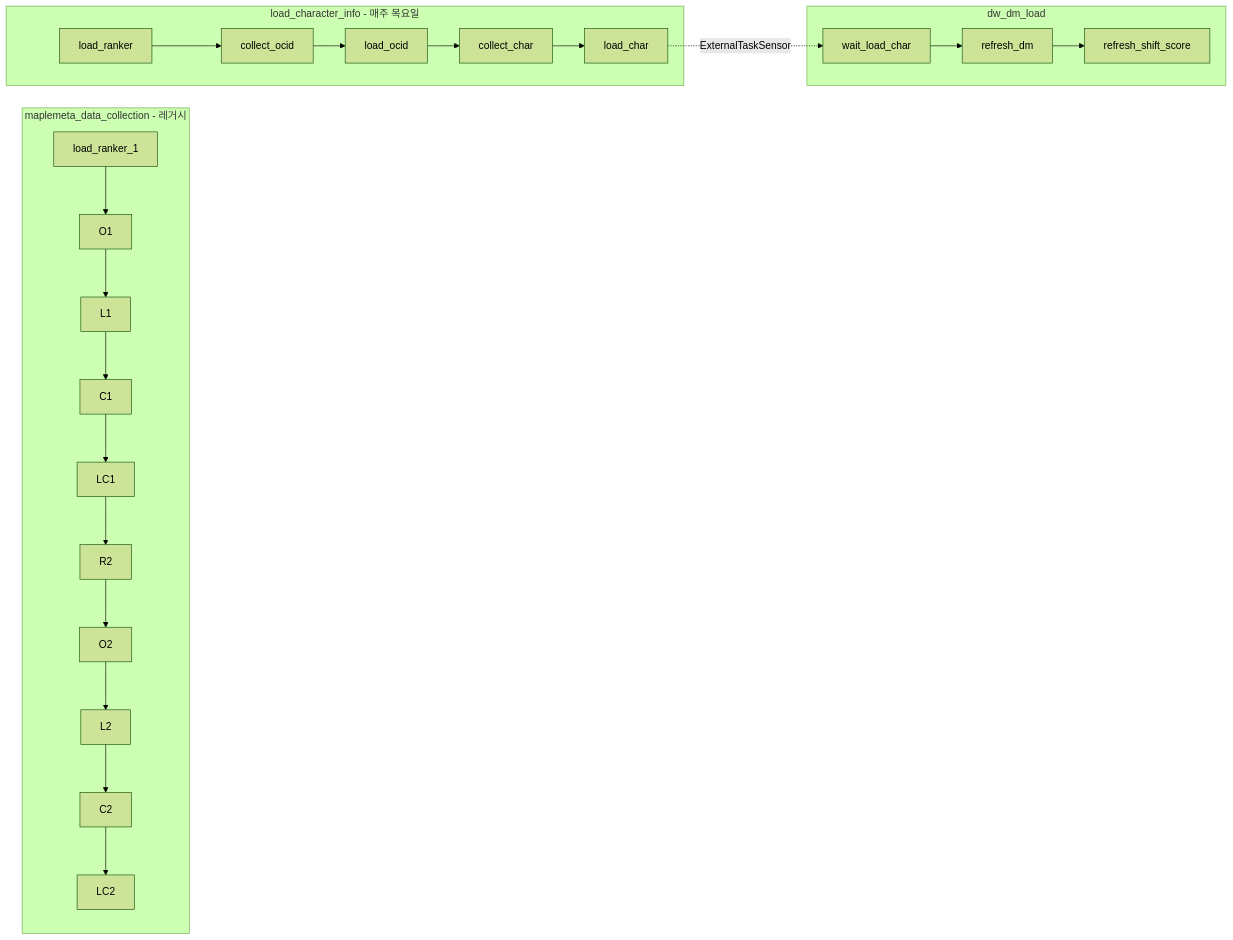
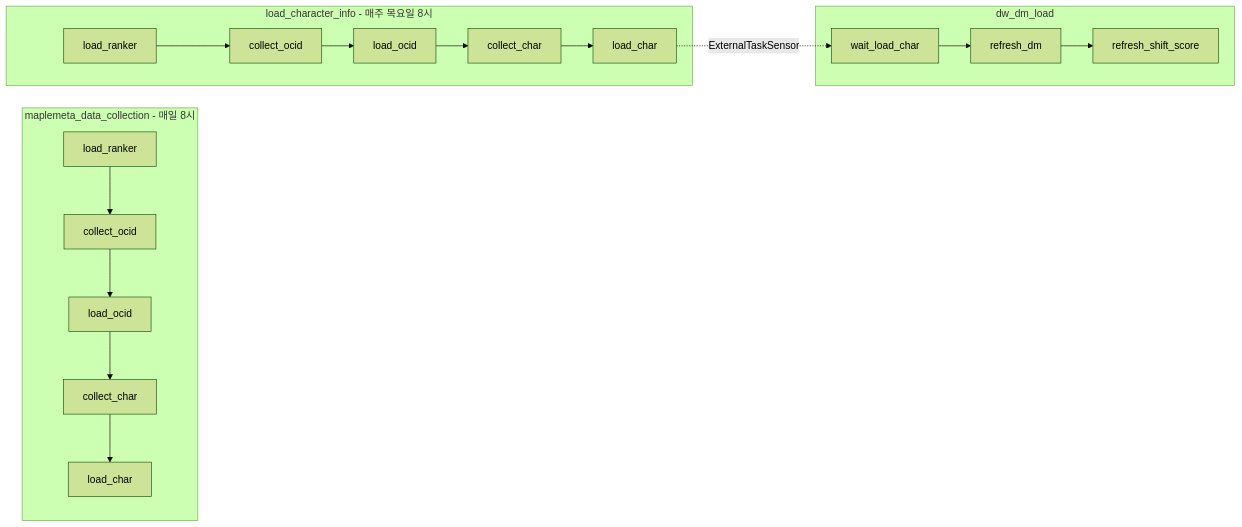
The diagram in README.md (zoomina/maplemeta), drawn with Mermaid (forest theme) before and after one commit. The commit also changed other lines of this file and 25 other files, not shown here.

````diff
--- a/README.md
+++ b/README.md
@@ -79,14 +81,13 @@
 ```mermaid
 flowchart LR
-    subgraph legacy [maplemeta_data_collection - 레거시]
-        R1[load_ranker_1] --> O1 --> L1 --> C1 --> LC1
-        LC1 --> R2 --> O2 --> L2 --> C2 --> LC2
+    subgraph maple [maplemeta_data_collection - 매일 8시]
+        R[load_ranker] --> O[collect_ocid] --> L[load_ocid] --> C[collect_char] --> LC[load_char]
     end
-    subgraph new [load_character_info - 매주 목요일]
-        R[load_ranker] --> O[collect_ocid] --> L[load_ocid] --> C[collect_char] --> LC[load_char]
+    subgraph thursday [load_character_info - 매주 목요일 8시]
+        R2[load_ranker] --> O2[collect_ocid] --> L2[load_ocid] --> C2[collect_char] --> LC2[load_char]
     end
     subgraph dw_dm [dw_dm_load]
         SENSOR[wait_load_char] --> REFRESH[refresh_dm] --> SHIFT[refresh_shift_score]
     end
-    LC -.->|ExternalTaskSensor| SENSOR
+    LC2 -.->|ExternalTaskSensor| SENSOR
 ```
````
